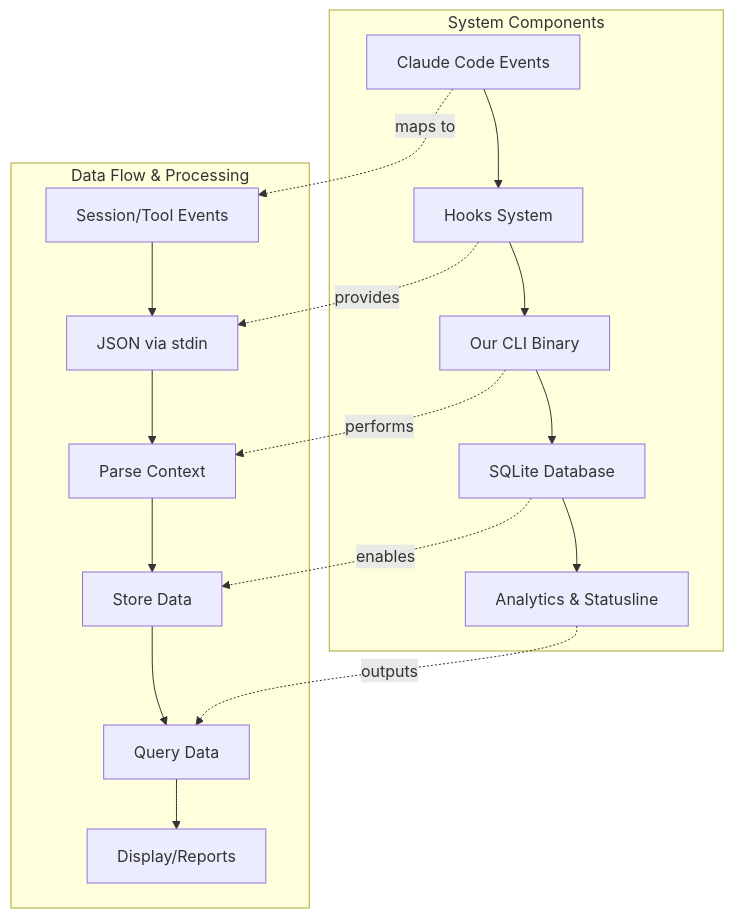
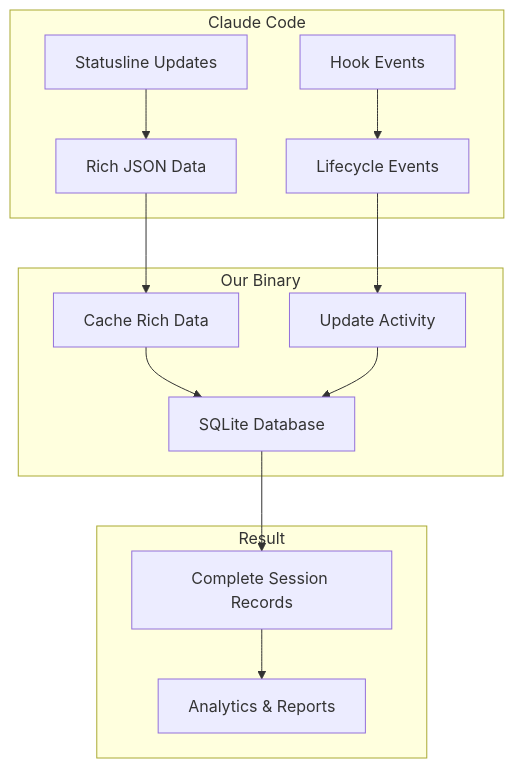
Before and after one commit to spences10/claude-code-analytics: the diagram in docs/data-architecture.md, drawn with Mermaid. The commit also changed other lines of this file and 12 other files, not shown here.

Commit message:
feat: enhance data collection and session management with new database operations and documentation updates

````diff
--- a/docs/data-architecture.md
+++ b/docs/data-architecture.md
@@ -8,23 +8,19 @@
 ```mermaid
 flowchart TD
-    subgraph "System Components"
-        A[Claude Code Events] --> B[Hooks System]
-        B --> C[Our CLI Binary]
-        C --> D[SQLite Database]
-        D --> E[Analytics & Statusline]
+    subgraph "Claude Code"
+        A[Statusline Updates] --> B[Rich JSON Data]
+        C[Hook Events] --> D[Lifecycle Events]
     end
 
-    subgraph "Data Flow & Processing"
-        A1[Session/Tool Events] --> B1[JSON via stdin]
-        B1 --> C1[Parse Context]
-        C1 --> D1[Store Data]
-        D1 --> E1[Query Data]
-        E1 --> F1[Display/Reports]
+    subgraph "Our Binary"
+        B --> E[Cache Rich Data]
+        D --> F[Update Activity]
+        E --> G[SQLite Database]
+        F --> G
     end
 
-    A -.->|maps to| A1
-    B -.->|provides| B1
-    C -.->|performs| C1
-    D -.->|enables| D1
-    E -.->|outputs| E1
+    subgraph "Result"
+        G --> H[Complete Session Records]
+        H --> I[Analytics & Reports]
+    end
 ```
````
